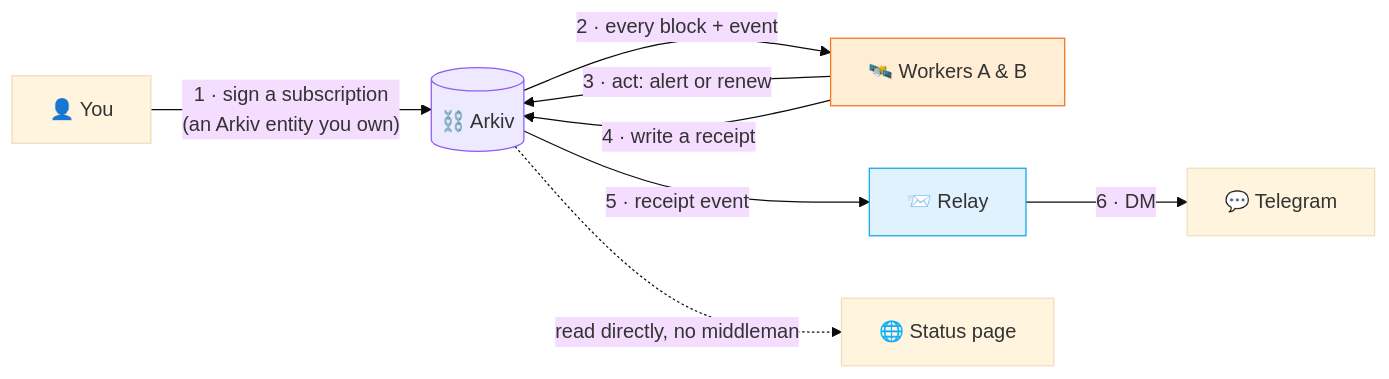
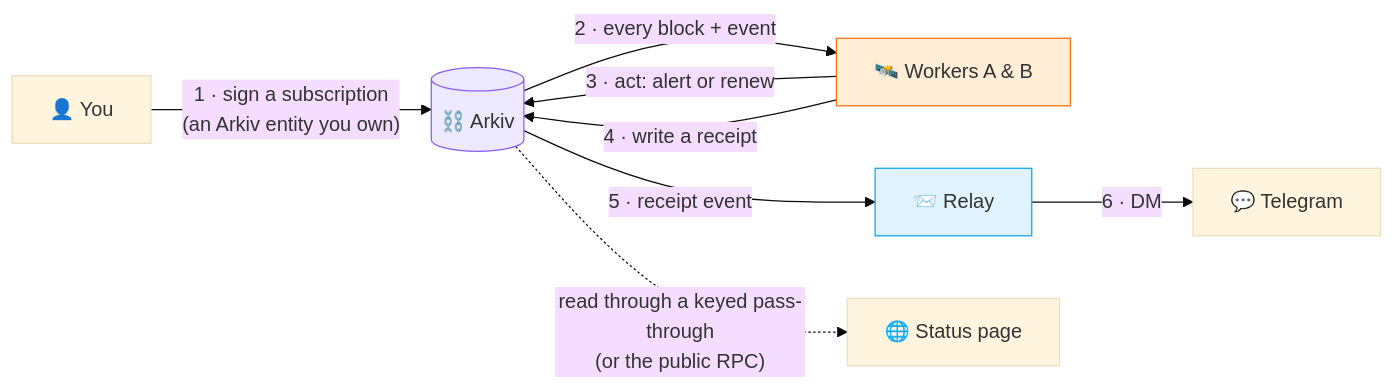
One commit to VanshChitransh/Prometheus changed the second of 14 diagrams in README.md. Above: the diagram before and after it, drawn with Mermaid (base theme). The commit also changed other lines of this file and 19 other files, not shown here.

````diff
--- a/README.md
+++ b/README.md
@@ -100,14 +100,14 @@
 ```mermaid
 flowchart LR
     U["👤 You"] -->|"1 · sign a subscription<br/>(an Arkiv entity you own)"| ARK[("⛓️ Arkiv")]
     ARK -->|"2 · every block + event"| W["🛰️ Workers A & B"]
     W -->|"3 · act: alert or renew"| ARK
     W -->|"4 · write a receipt"| ARK
     ARK -->|"5 · receipt event"| R["📨 Relay"]
     R -->|"6 · DM"| TG["💬 Telegram"]
-    ARK -.->|"read directly, no middleman"| WEB["🌐 Status page"]
+    ARK -.->|"read through a keyed pass-through<br/>(or the public RPC)"| WEB["🌐 Status page"]
 
     style ARK fill:#ede9fe,stroke:#8b5cf6
     style W fill:#ffedd5,stroke:#f97316
     style R fill:#e0f2fe,stroke:#0ea5e9
 ```
````
